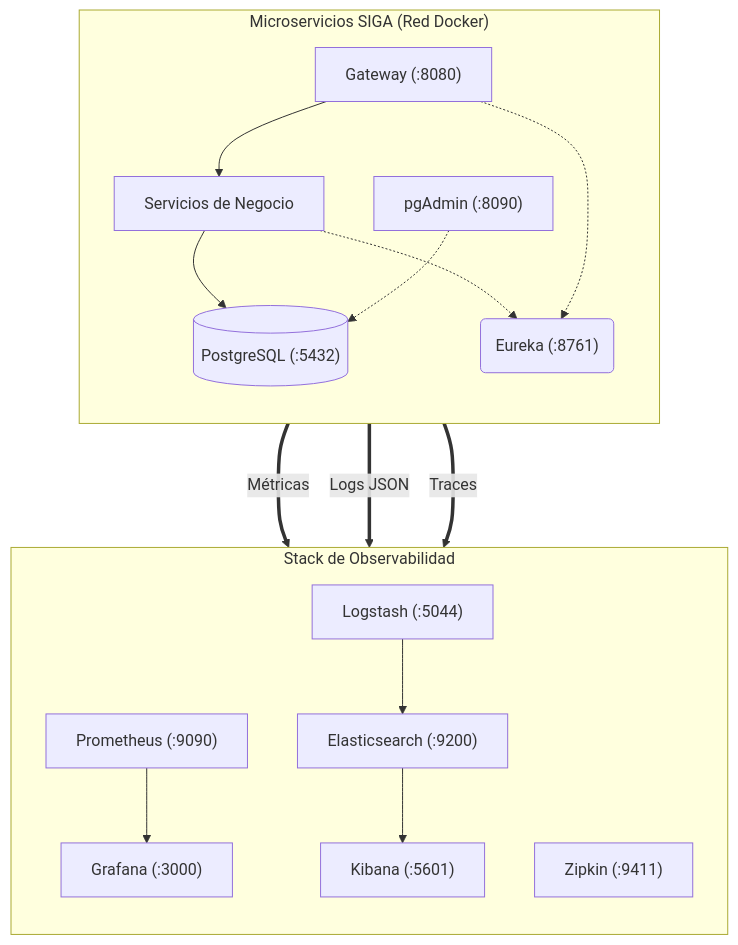
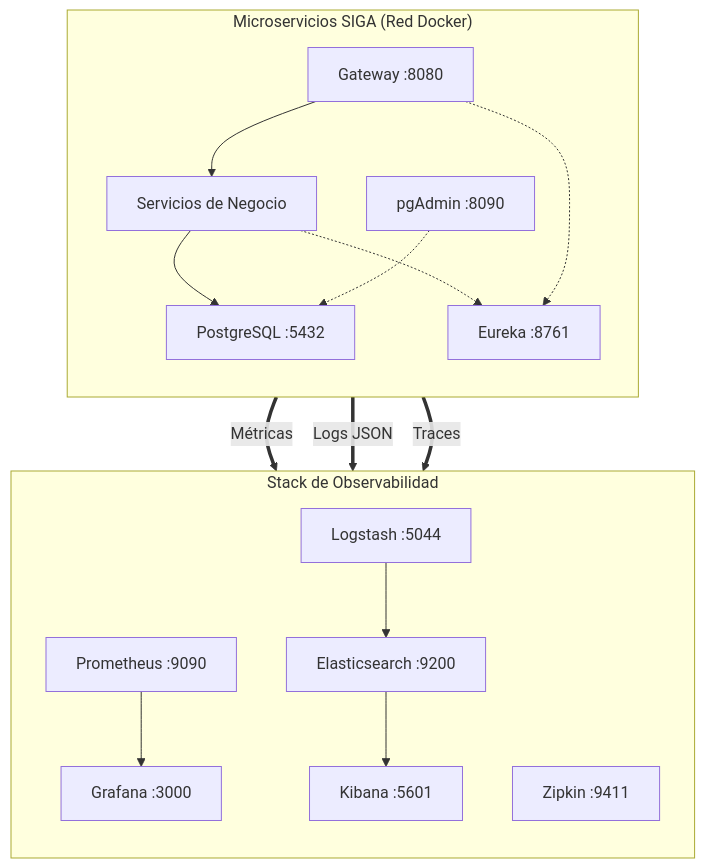
One commit to HecAguilaV/SIGA changed the fifth of 7 diagrams in openspec/changes/migracion-microservicios/architecture-diagrams.md. Above: the diagram before and after it, drawn with Mermaid. The commit also changed other lines of this file, not shown here.

Commit message:
docs: corregir errores de sintaxis en nodos y flechas de Mermaid

````diff
--- a/openspec/changes/migracion-microservicios/architecture-diagrams.md
+++ b/openspec/changes/migracion-microservicios/architecture-diagrams.md
@@ -161,27 +161,27 @@
 ```mermaid
 flowchart TD
     subgraph App["Microservicios SIGA (Red Docker)"]
         direction TB
-        GW["Gateway (:8080)"]
+        GW["Gateway :8080"]
         MS["Servicios de Negocio"]
-        DB[("PostgreSQL (:5432)")]
-        EU("Eureka (:8761)")
-        PA["pgAdmin (:8090)"]
+        DB["PostgreSQL :5432"]
+        EU["Eureka :8761"]
+        PA["pgAdmin :8090"]
         
         GW --> MS --> DB
         MS -.-> EU
         GW -.-> EU
         PA -.-> DB
     end
 
     subgraph Obs["Stack de Observabilidad"]
         direction TB
-        PR["Prometheus (:9090)"] --> GR["Grafana (:3000)"]
-        LS["Logstash (:5044)"] --> ES["Elasticsearch (:9200)"] --> KI["Kibana (:5601)"]
-        ZI["Zipkin (:9411)"]
+        PR["Prometheus :9090"] --> GR["Grafana :3000"]
+        LS["Logstash :5044"] --> ES["Elasticsearch :9200"] --> KI["Kibana :5601"]
+        ZI["Zipkin :9411"]
     end
     
-    App ===>|Métricas| PR
-    App ===>|Logs JSON| LS
-    App ===>|Traces| ZI
+    App ==>|Métricas| PR
+    App ==>|Logs JSON| LS
+    App ==>|Traces| ZI
 ```
````
